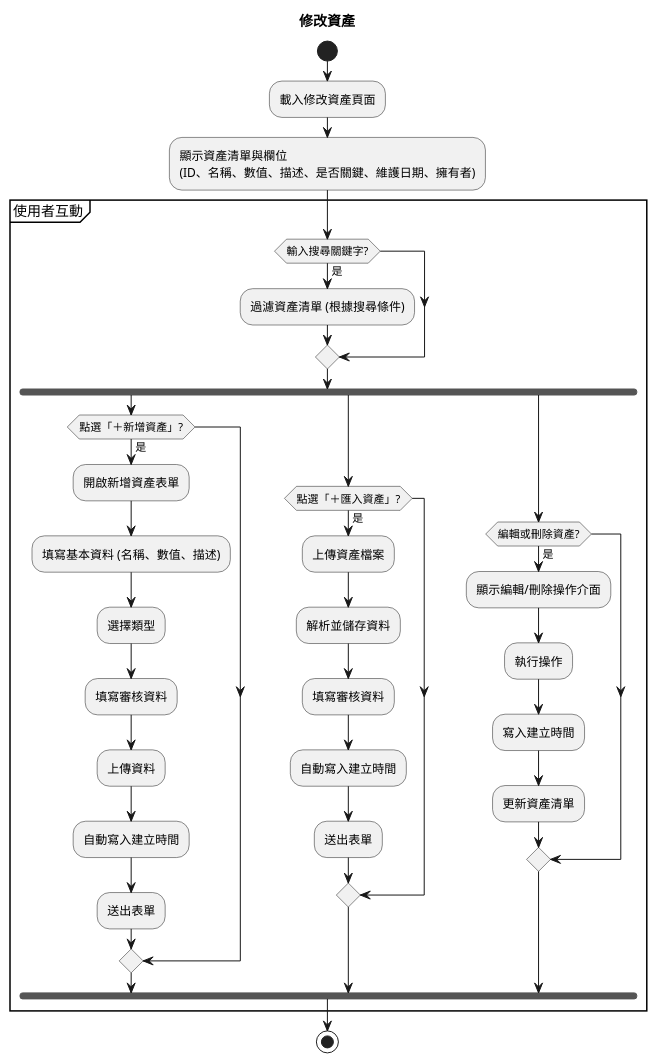
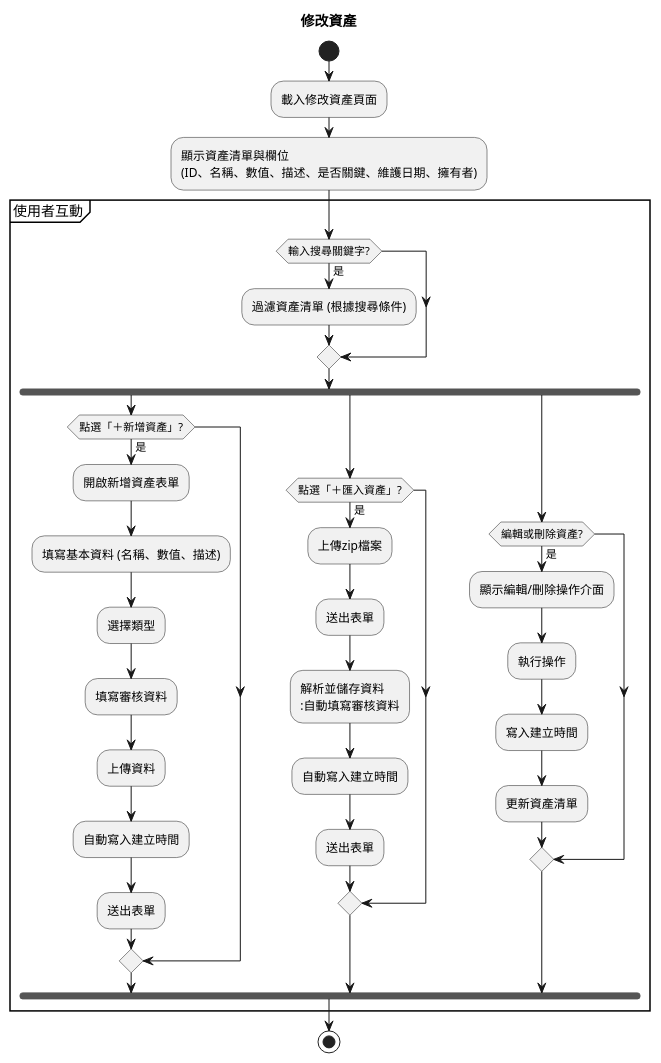
The diagram in plantUML/activity/asset_edit.puml (walle45611/NTUB_SecuManag_Diagram), drawn with PlantUML before and after one commit. The commit also changed 6 other files, not shown here.

```diff
--- a/plantUML/activity/asset_edit.puml
+++ b/plantUML/activity/asset_edit.puml
@@ -1,45 +1,46 @@
 @startuml edit_asset_activity
 title 修改資產
 start
 
 :載入修改資產頁面;
 
 :顯示資產清單與欄位
 (ID、名稱、數值、描述、是否關鍵、維護日期、擁有者);
 
 partition "使用者互動" {
 
     if (輸入搜尋關鍵字?) then (是)
         :過濾資產清單 (根據搜尋條件);
     endif
     fork
         if (點選「＋新增資產」?) then (是)
             :開啟新增資產表單;
             :填寫基本資料 (名稱、數值、描述);
             :選擇類型;
             :填寫審核資料;
             :上傳資料;
             :自動寫入建立時間;
             :送出表單;
         endif
     fork again
         if (點選「＋匯入資產」?) then (是)
-            :上傳資產檔案;
-            :解析並儲存資料;
-            :填寫審核資料;
+            :上傳zip檔案;
+            :送出表單;
+            :解析並儲存資料
+            :自動填寫審核資料;
             :自動寫入建立時間;
             :送出表單;
         endif
     fork again
         if (編輯或刪除資產?) then (是)
             :顯示編輯/刪除操作介面;
             :執行操作;
             :寫入建立時間;
             :更新資產清單;
         endif
     end fork
 }
 
 stop
 
 @enduml
```
